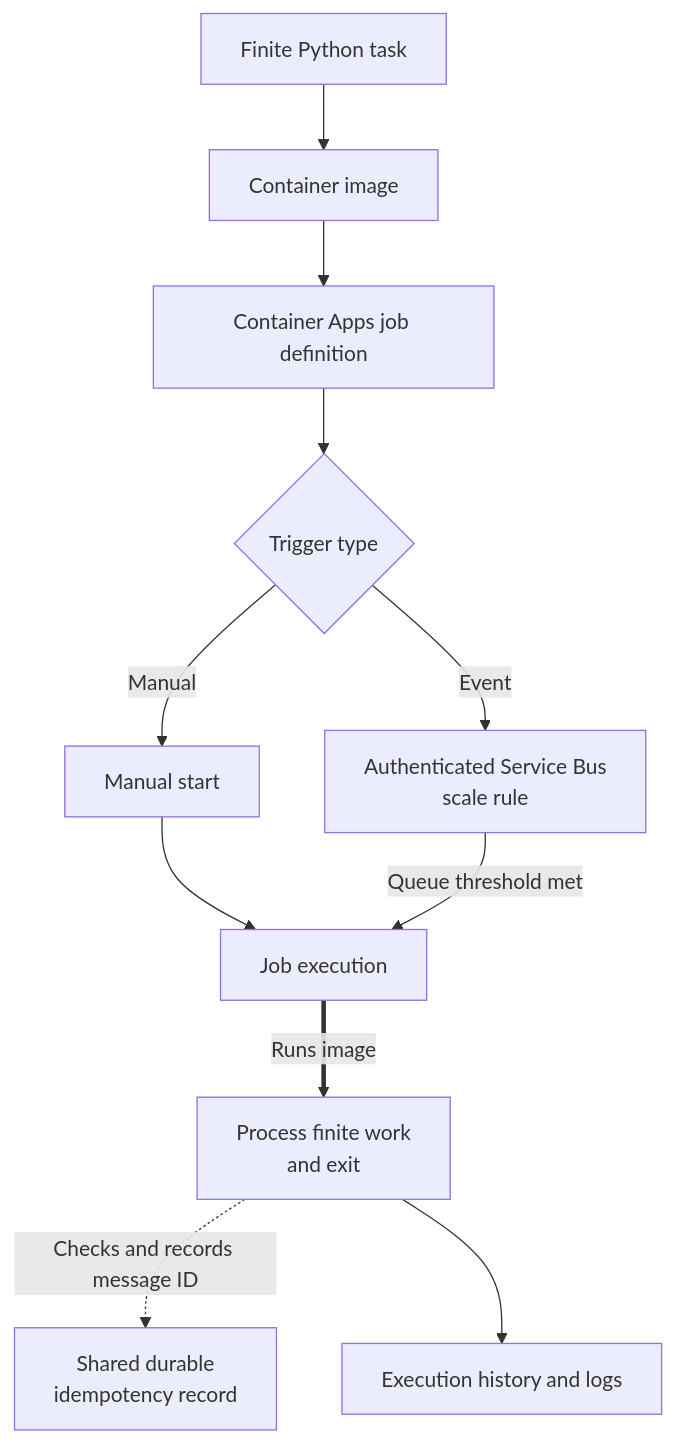
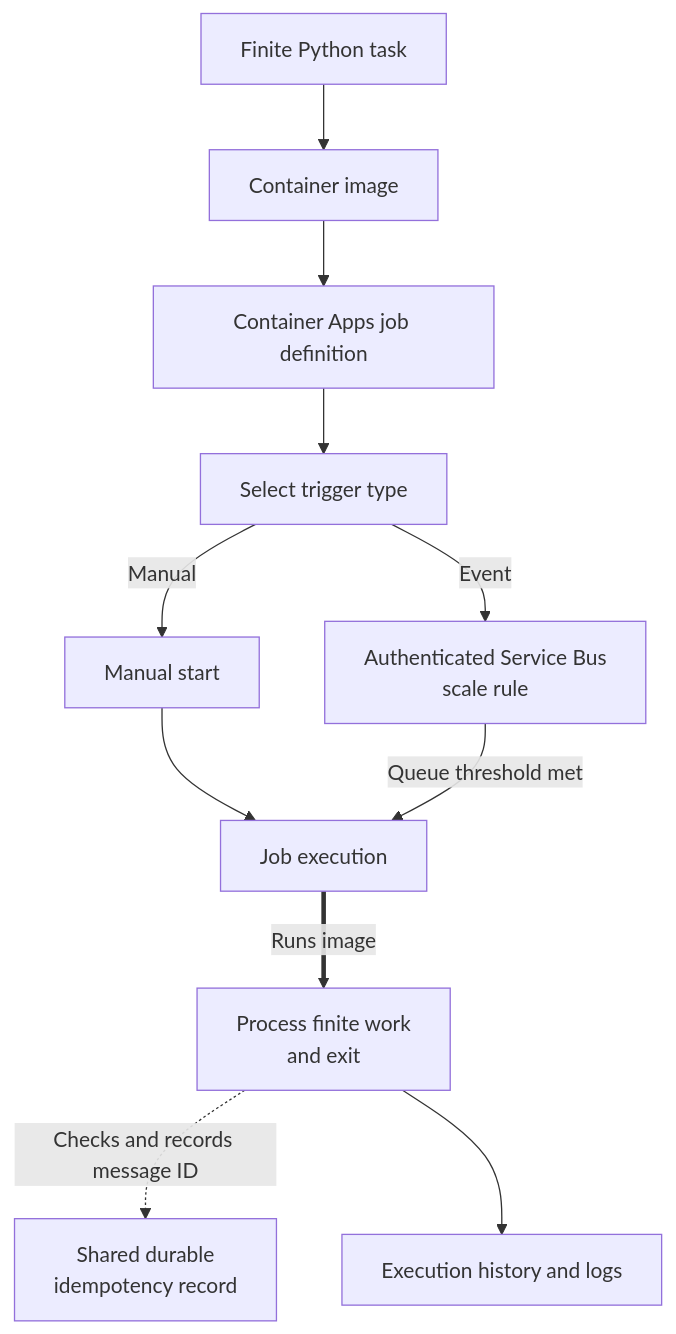
Before and after one commit to yeongseon/azure-container-apps-practical-guide: the diagram in docs/language-guides/python/recipes/jobs.md, drawn with Mermaid. The commit also changed other lines of this file and 16 other files, not shown here.

Commit message:
fix(docs): address Python recipe diagram review

````diff
--- a/docs/language-guides/python/recipes/jobs.md
+++ b/docs/language-guides/python/recipes/jobs.md
@@ -43,27 +44,27 @@
 ```mermaid
 flowchart TD
     accTitle: Build manual and event-driven Python jobs
     accDescr: Package a finite Python task as an image and create a manual job for on-demand execution. For a Service Bus event job, configure an authenticated scale rule, start one or more executions when messages are available, and make processing idempotent for retries.
 
     CODE[Finite Python task]
     IMAGE[Container image]
     JOB[Container Apps job definition]
-    TRIGGER{Trigger type}
+    TRIGGER[Select trigger type]
     MANUAL[Manual start]
     EVENT[Authenticated Service Bus<br/>scale rule]
     EXECUTION[Job execution]
     PROCESS[Process finite work<br/>and exit]
     DEDUP[Shared durable<br/>idempotency record]
     HISTORY[Execution history and logs]
 
     CODE --> IMAGE
     IMAGE --> JOB
     JOB --> TRIGGER
     TRIGGER -->|Manual| MANUAL
     TRIGGER -->|Event| EVENT
     MANUAL --> EXECUTION
     EVENT -->|Queue threshold met| EXECUTION
     EXECUTION ==>|Runs image| PROCESS
     PROCESS -.->|Checks and records message ID| DEDUP
     PROCESS --> HISTORY
 ```
````
